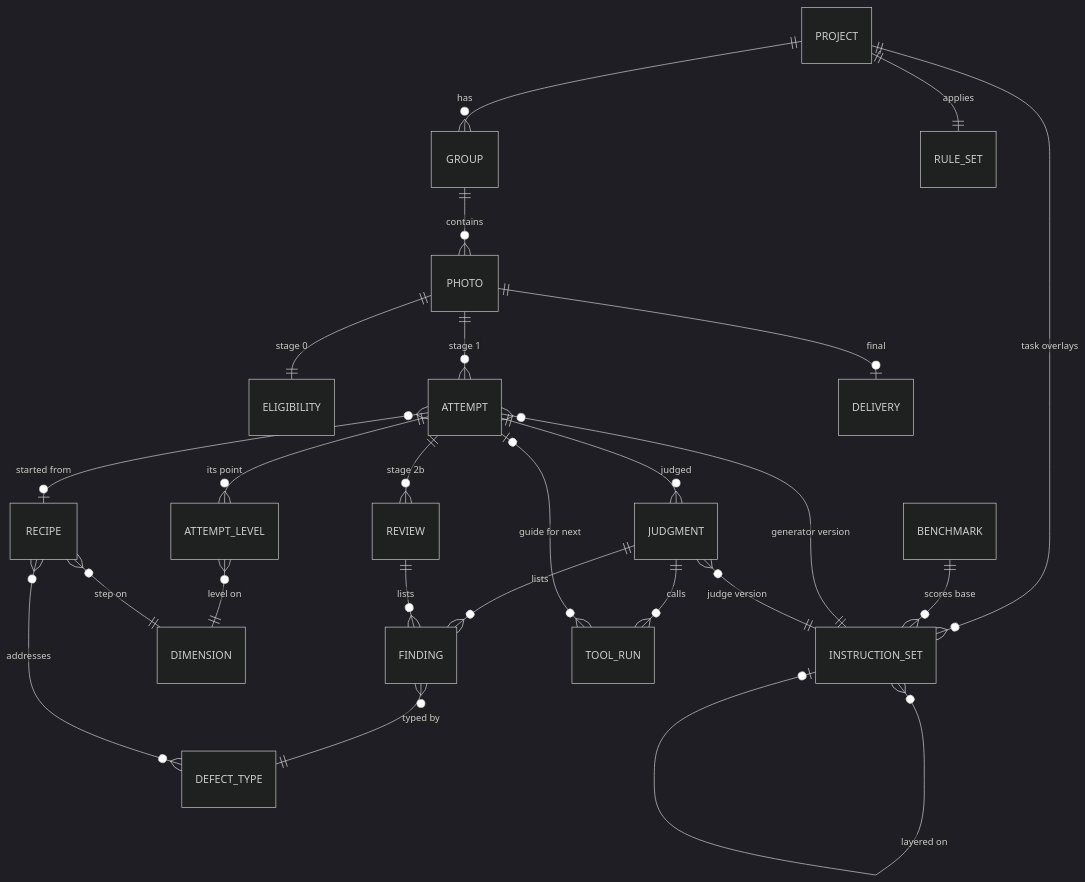
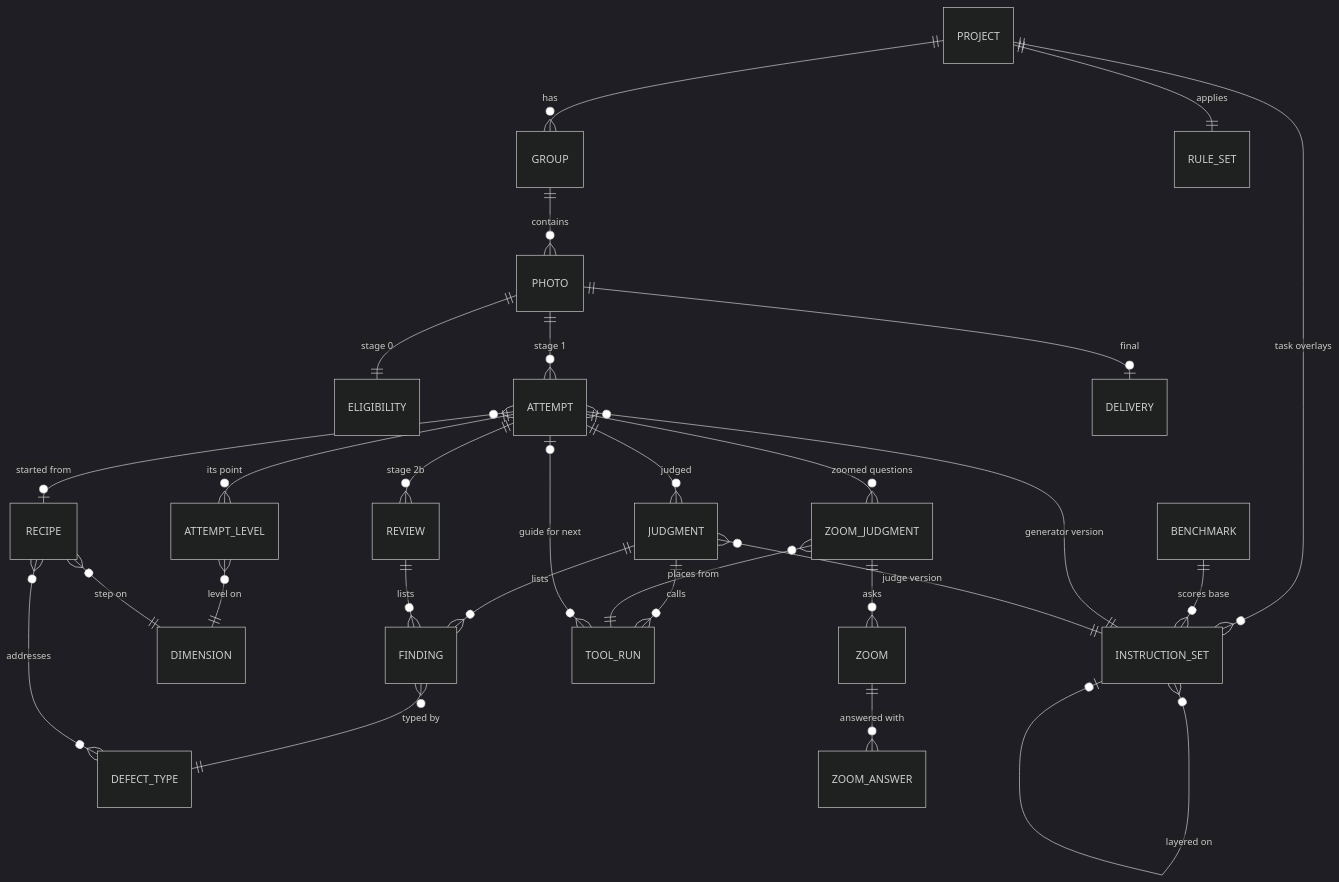
The fourth of 4 diagrams in virtual_unstaging/architecture.md (intent-graph/ai_tooling), drawn with Mermaid (dark theme) before and after one commit. The commit also changed other lines of this file and 13 other files, not shown here.

First line of the commit message:
virtual_unstaging: the zoom judge, a separate call on detector places (shadow)

````diff
--- a/virtual_unstaging/architecture.md
+++ b/virtual_unstaging/architecture.md
@@ -381,26 +381,30 @@
 ```mermaid
 erDiagram
   PROJECT ||--o{ GROUP : has
   PROJECT ||--o{ INSTRUCTION_SET : "task overlays"
   INSTRUCTION_SET }o--o| INSTRUCTION_SET : "layered on"
   BENCHMARK ||--o{ INSTRUCTION_SET : "scores base"
   PROJECT ||--|| RULE_SET : applies
   GROUP ||--o{ PHOTO : contains
   PHOTO ||--|| ELIGIBILITY : "stage 0"
   PHOTO ||--o{ ATTEMPT : "stage 1"
   ATTEMPT }o--|| INSTRUCTION_SET : "generator version"
   ATTEMPT }o--o| RECIPE : "started from"
   ATTEMPT ||--o{ ATTEMPT_LEVEL : "its point"
   ATTEMPT_LEVEL }o--|| DIMENSION : "level on"
   RECIPE }o--|| DIMENSION : "step on"
   ATTEMPT ||--o{ JUDGMENT : judged
   JUDGMENT }o--|| INSTRUCTION_SET : "judge version"
   JUDGMENT ||--o{ FINDING : lists
   ATTEMPT ||--o{ REVIEW : "stage 2b"
   REVIEW ||--o{ FINDING : lists
   FINDING }o--|| DEFECT_TYPE : "typed by"
   RECIPE }o--o{ DEFECT_TYPE : addresses
   PHOTO ||--o| DELIVERY : "final"
   JUDGMENT ||--o{ TOOL_RUN : calls
   TOOL_RUN }o--o| ATTEMPT : "guide for next"
+  ATTEMPT ||--o{ ZOOM_JUDGMENT : "zoomed questions"
+  ZOOM_JUDGMENT }o--|| TOOL_RUN : "places from"
+  ZOOM_JUDGMENT ||--o{ ZOOM : asks
+  ZOOM ||--o{ ZOOM_ANSWER : "answered with"
 ```
````
